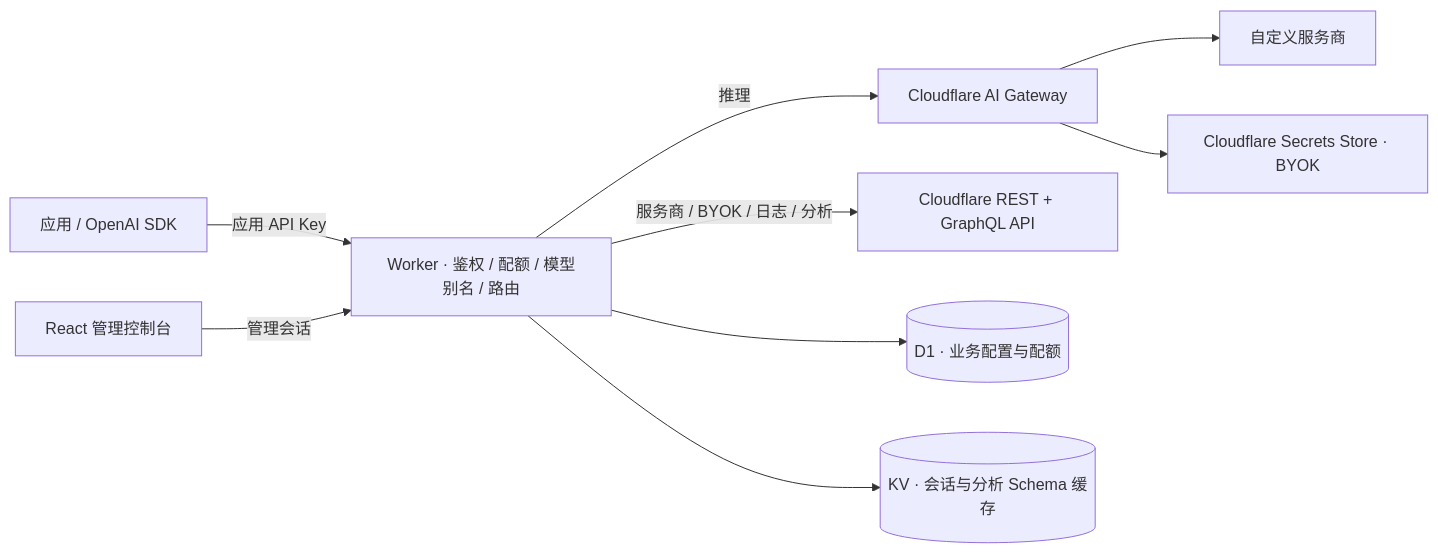
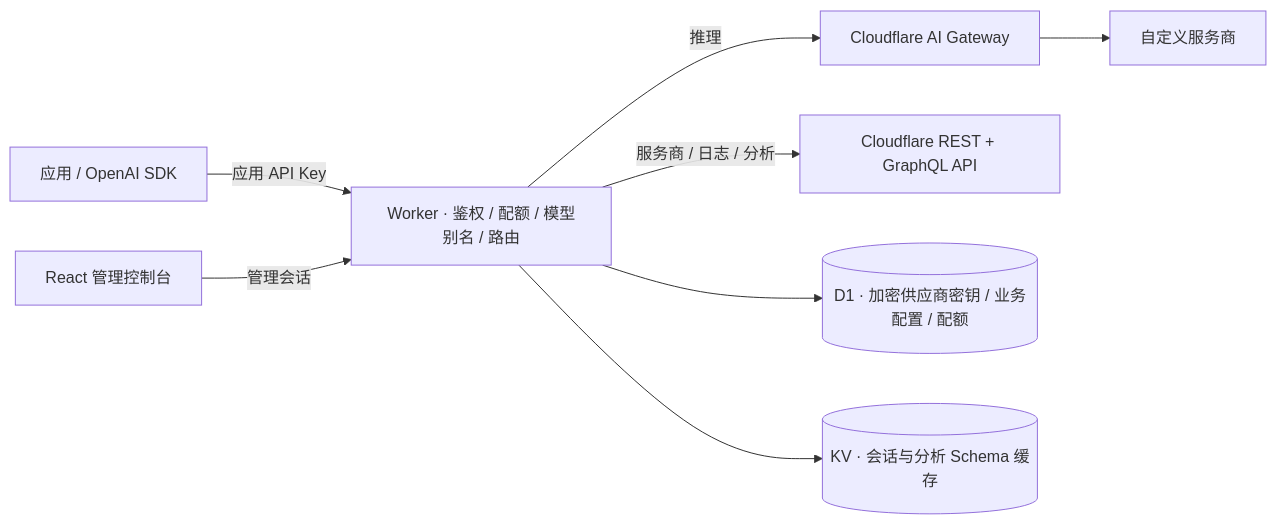
The diagram in README.md (doitcan-oiu/cloudflare-workers-models-gateway), drawn with Mermaid before and after one commit. The commit also changed other lines of this file and 17 other files, not shown here.

````diff
--- a/README.md
+++ b/README.md
@@ -15,11 +15,10 @@
 ```mermaid
 flowchart LR
     App[应用 / OpenAI SDK] -->|应用 API Key| Worker[Worker · 鉴权 / 配额 / 模型别名 / 路由]
     UI[React 管理控制台] -->|管理会话| Worker
     Worker -->|推理| AIG[Cloudflare AI Gateway]
     AIG --> Custom[自定义服务商]
-    Worker -->|服务商 / BYOK / 日志 / 分析| API[Cloudflare REST + GraphQL API]
-    AIG --> Secrets[Cloudflare Secrets Store · BYOK]
-    Worker --> D1[(D1 · 业务配置与配额)]
+    Worker -->|服务商 / 日志 / 分析| API[Cloudflare REST + GraphQL API]
+    Worker --> D1[(D1 · 加密供应商密钥 / 业务配置 / 配额)]
     Worker --> KV[(KV · 会话与分析 Schema 缓存)]
 ```
````
